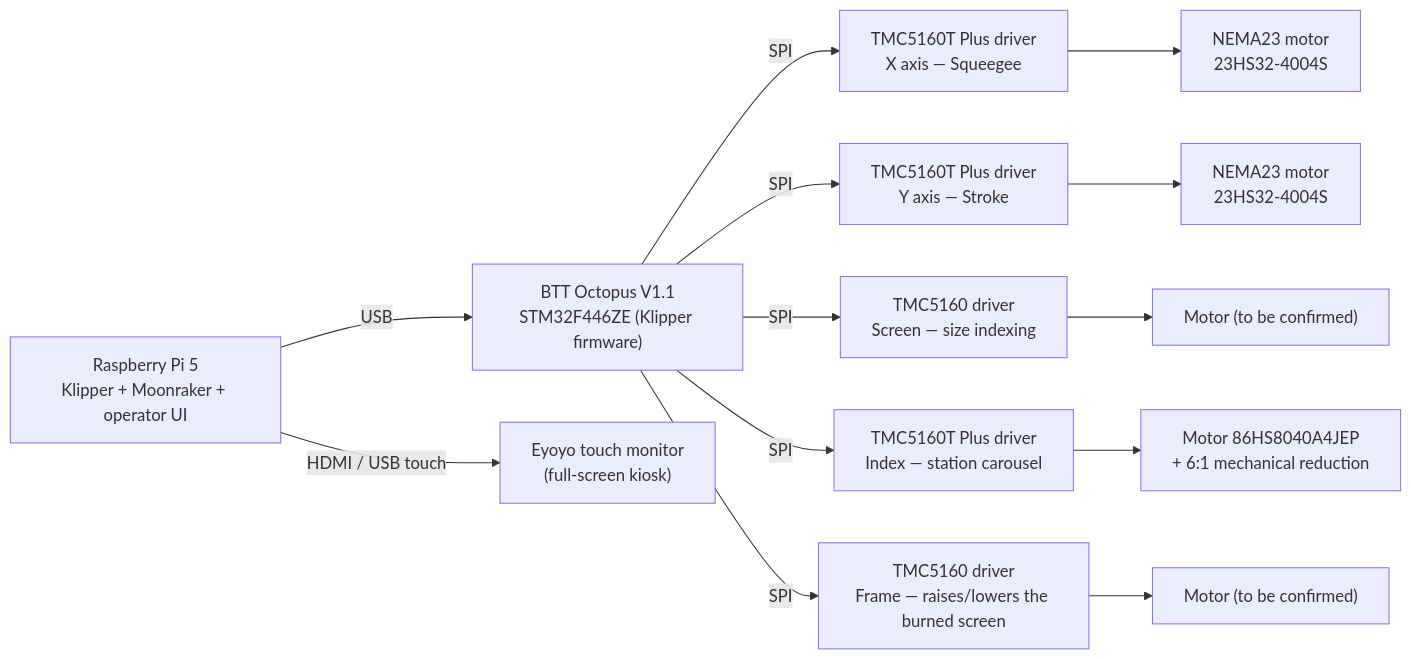
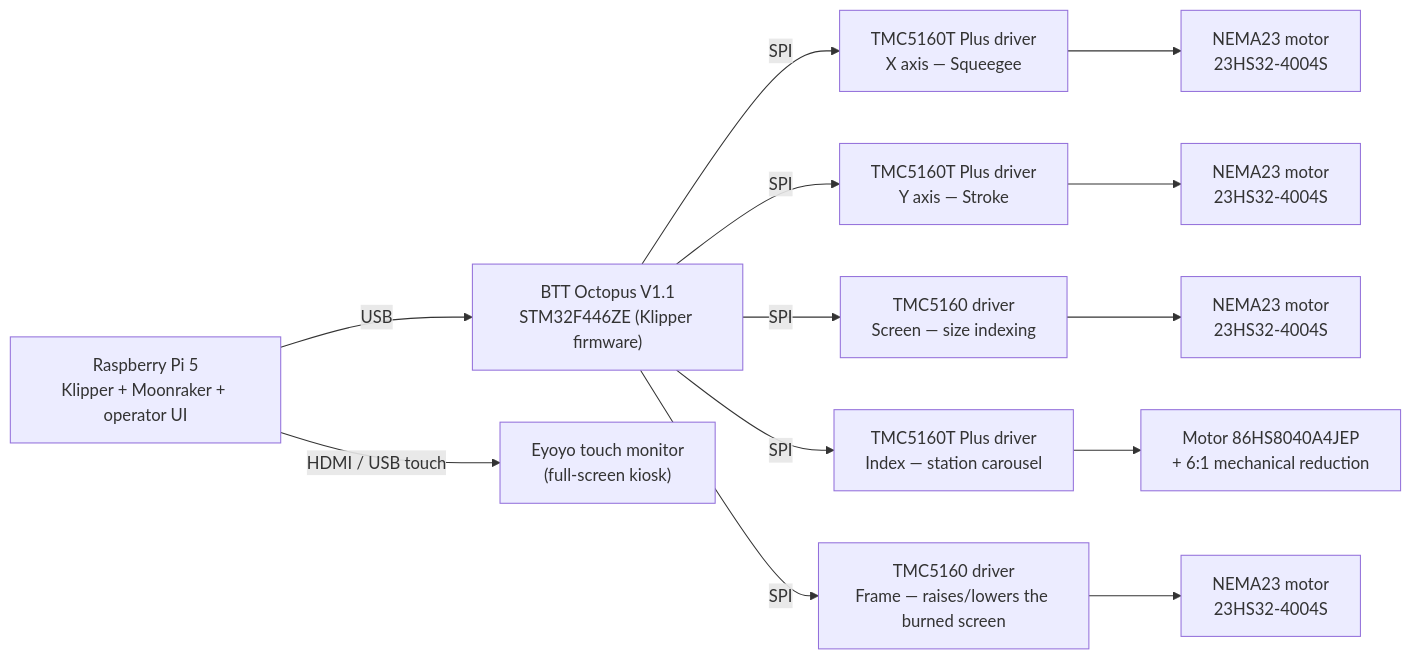
One commit to erwin620/LP1-corexy-codigo changed the first of 2 diagrams in README.md. Above: the diagram before and after it, drawn with Mermaid. The commit also changed other lines of this file and 1 other file, not shown here.

````diff
--- a/README.md
+++ b/README.md
@@ -9,17 +9,17 @@
 ```mermaid
 flowchart LR
     Pi["Raspberry Pi 5<br/>Klipper + Moonraker + operator UI"] -- USB --> Octopus["BTT Octopus V1.1<br/>STM32F446ZE (Klipper firmware)"]
     Pi -- HDMI / USB touch --> Monitor["Eyoyo touch monitor<br/>(full-screen kiosk)"]
 
     Octopus -- SPI --> DX["TMC5160T Plus driver<br/>X axis — Squeegee"]
     Octopus -- SPI --> DY["TMC5160T Plus driver<br/>Y axis — Stroke"]
     Octopus -- SPI --> DS["TMC5160 driver<br/>Screen — size indexing"]
     Octopus -- SPI --> DI["TMC5160T Plus driver<br/>Index — station carousel"]
     Octopus -- SPI --> DM["TMC5160 driver<br/>Frame — raises/lowers the burned screen"]
 
     DX --> MX["NEMA23 motor<br/>23HS32-4004S"]
     DY --> MY["NEMA23 motor<br/>23HS32-4004S"]
-    DS --> MS["Motor (to be confirmed)"]
+    DS --> MS["NEMA23 motor<br/>23HS32-4004S"]
     DI --> MI["Motor 86HS8040A4JEP<br/>+ 6:1 mechanical reduction"]
-    DM --> MM["Motor (to be confirmed)"]
+    DM --> MM["NEMA23 motor<br/>23HS32-4004S"]
 ```
````
